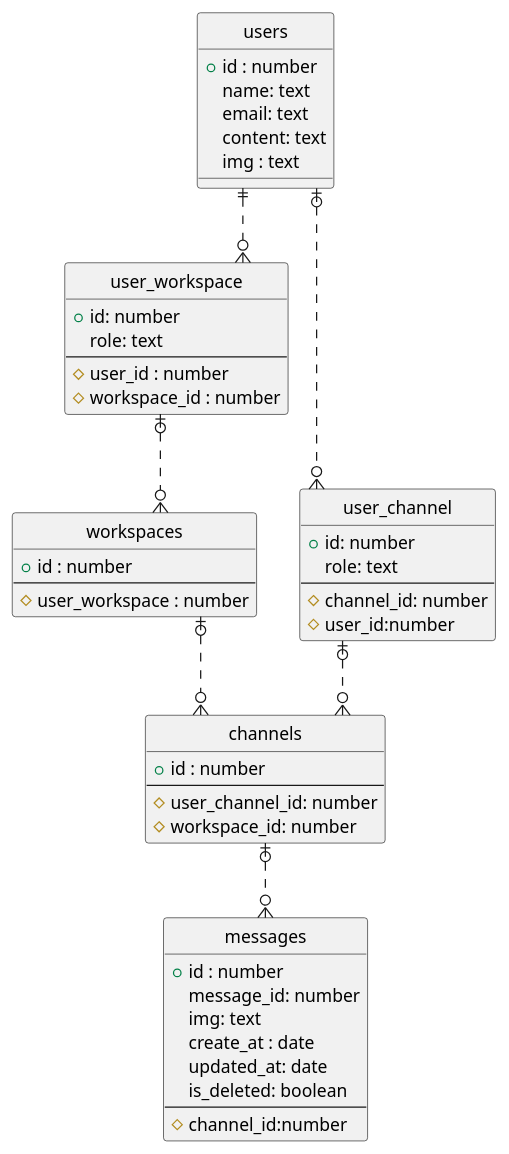
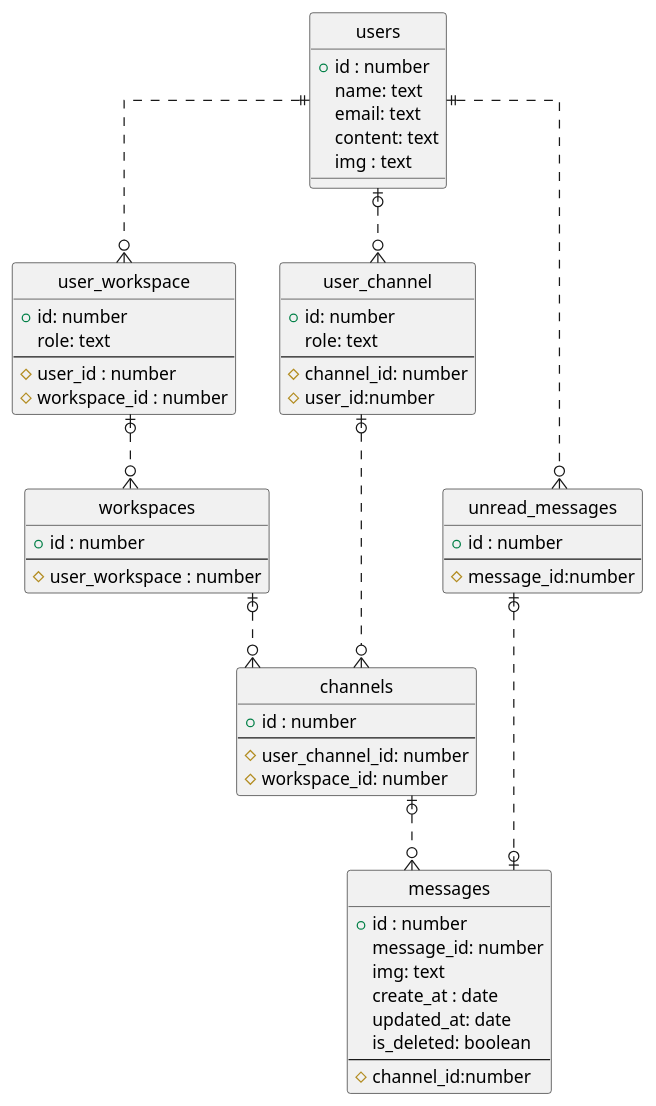
Before and after one commit to jp-knj/praha: the diagram in modeling/02_task/task.puml, drawn with PlantUML.

Commit message:
:sparkles: add table to check unread msgs

```diff
--- a/modeling/02_task/task.puml
+++ b/modeling/02_task/task.puml
@@ -1,62 +1,70 @@
 @startuml
 ' hide the spot
 hide circle
 
 'avoid problems with angled crows feet
 skinparam linetype ortho
 
 entity "users" as users {
   +id : number
   name: text
   email: text
   content: text
   img : text
 }
 
 entity user_workspace as "user_workspace" {
   +id: number
   role: text
   --
   #user_id : number
   #workspace_id : number
 }
 
 entity "workspaces" as workspaces {
   +id : number
   --
   #user_workspace : number
 }
 
 entity "user_channel" as user_channel{
   +id: number
   role: text
   --
   #channel_id: number
   #user_id:number
 }
 
 entity "channels" as channels {
   +id : number
   --
   #user_channel_id: number
   #workspace_id: number
 }
 
+entity "unread_messages" as unread_messages {
+  +id : number
+  --
+  #message_id:number
+}
+
 entity "messages" as messages {
   +id : number
   message_id: number
   img: text
   create_at : date
   updated_at: date
   is_deleted: boolean
   --
   #channel_id:number
 }
 
 users ||..o{ user_workspace
+users ||..o{ unread_messages
 user_workspace |o..o{ workspaces
 workspaces |o..o{ channels
 users|o..o{ user_channel
 user_channel|o..o{ channels
 channels |o..o{ messages
+unread_messages |o..o| messages
 @enduml
```
